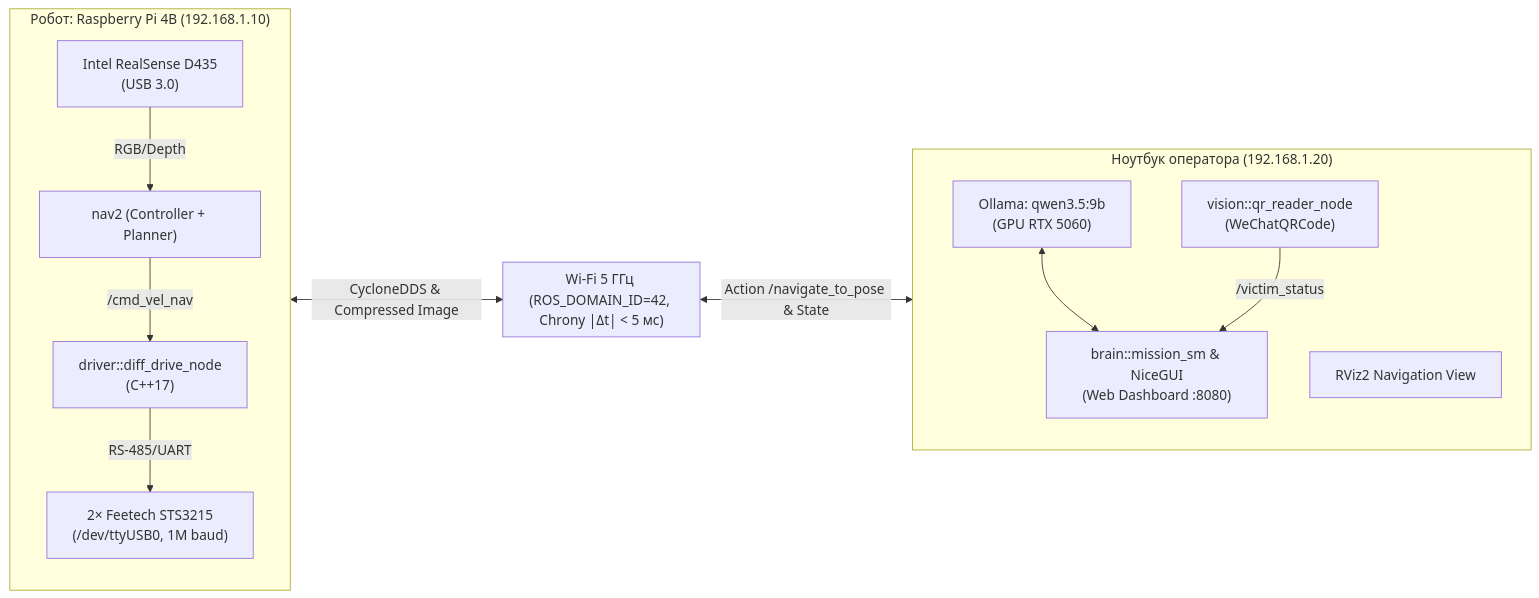
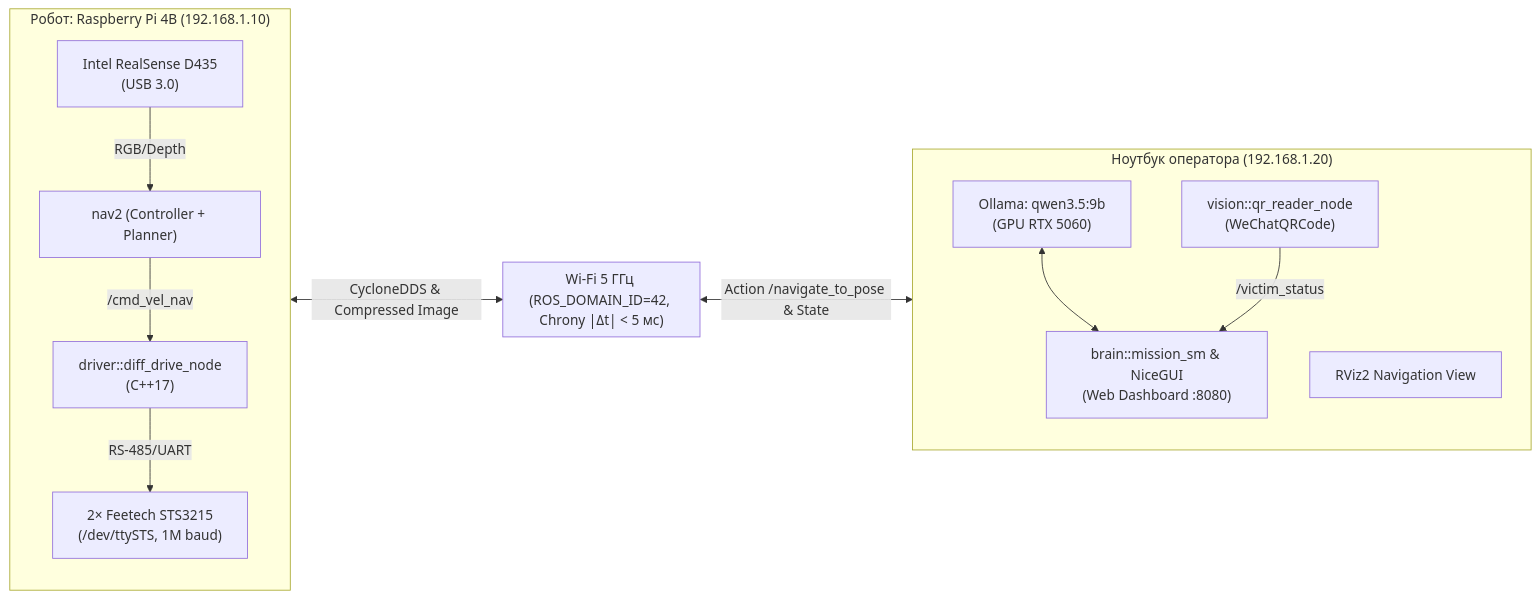
One commit to traptron/IJKbot changed the first of 2 diagrams in README.md. Above: the diagram before and after it, drawn with Mermaid. The commit also changed other lines of this file and 11 other files, not shown here.

````diff
--- a/README.md
+++ b/README.md
@@ -67,27 +67,27 @@
 ```mermaid
 flowchart LR
     subgraph Robot["Робот: Raspberry Pi 4B (192.168.1.10)"]
         Sensors["Intel RealSense D435<br/>(USB 3.0)"]
         DriverNode["driver::diff_drive_node<br/>(C++17)"]
-        Servos["2× Feetech STS3215<br/>(/dev/ttyUSB0, 1M baud)"]
+        Servos["2× Feetech STS3215<br/>(/dev/ttySTS, 1M baud)"]
         Nav2Stack["nav2 (Controller + Planner)"]
         Sensors -->|RGB/Depth| Nav2Stack
         DriverNode -->|RS-485/UART| Servos
         Nav2Stack -->|/cmd_vel_nav| DriverNode
     end
 
     subgraph WiFi["Wi-Fi 5 ГГц (ROS_DOMAIN_ID=42, Chrony |Δt| < 5 мс)"]
     end
 
     subgraph Laptop["Ноутбук оператора (192.168.1.20)"]
         Ollama["Ollama: qwen3.5:9b<br/>(GPU RTX 5060)"]
         VisionNode["vision::qr_reader_node<br/>(WeChatQRCode)"]
         BrainNode["brain::mission_sm & NiceGUI<br/>(Web Dashboard :8080)"]
         RViz["RViz2 Navigation View"]
         Ollama <--> BrainNode
         VisionNode -->|/victim_status| BrainNode
     end
 
     Robot <-->|CycloneDDS & Compressed Image| WiFi
     WiFi <-->|Action /navigate_to_pose & State| Laptop
 ```
````
